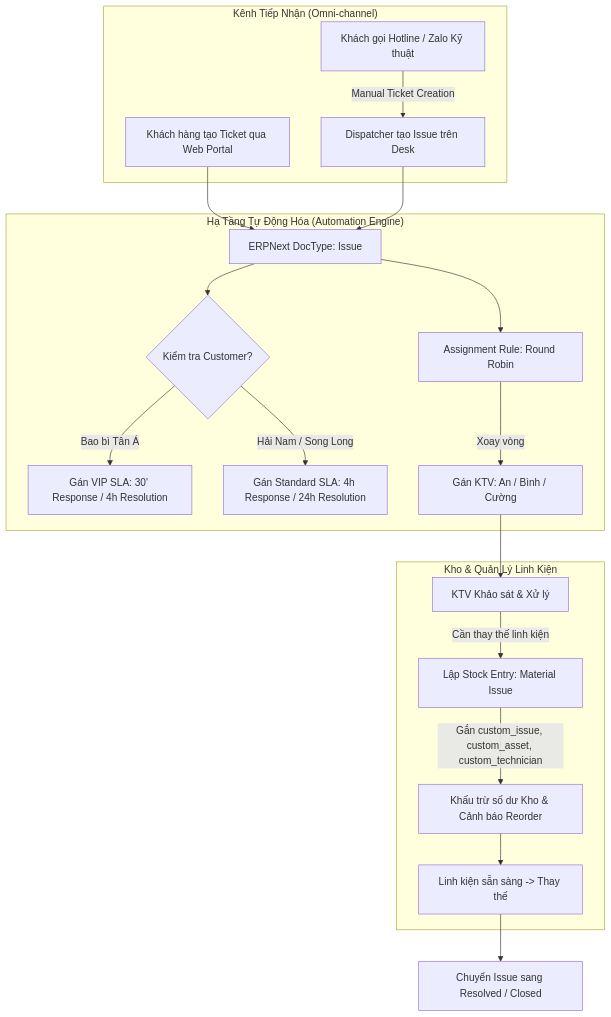
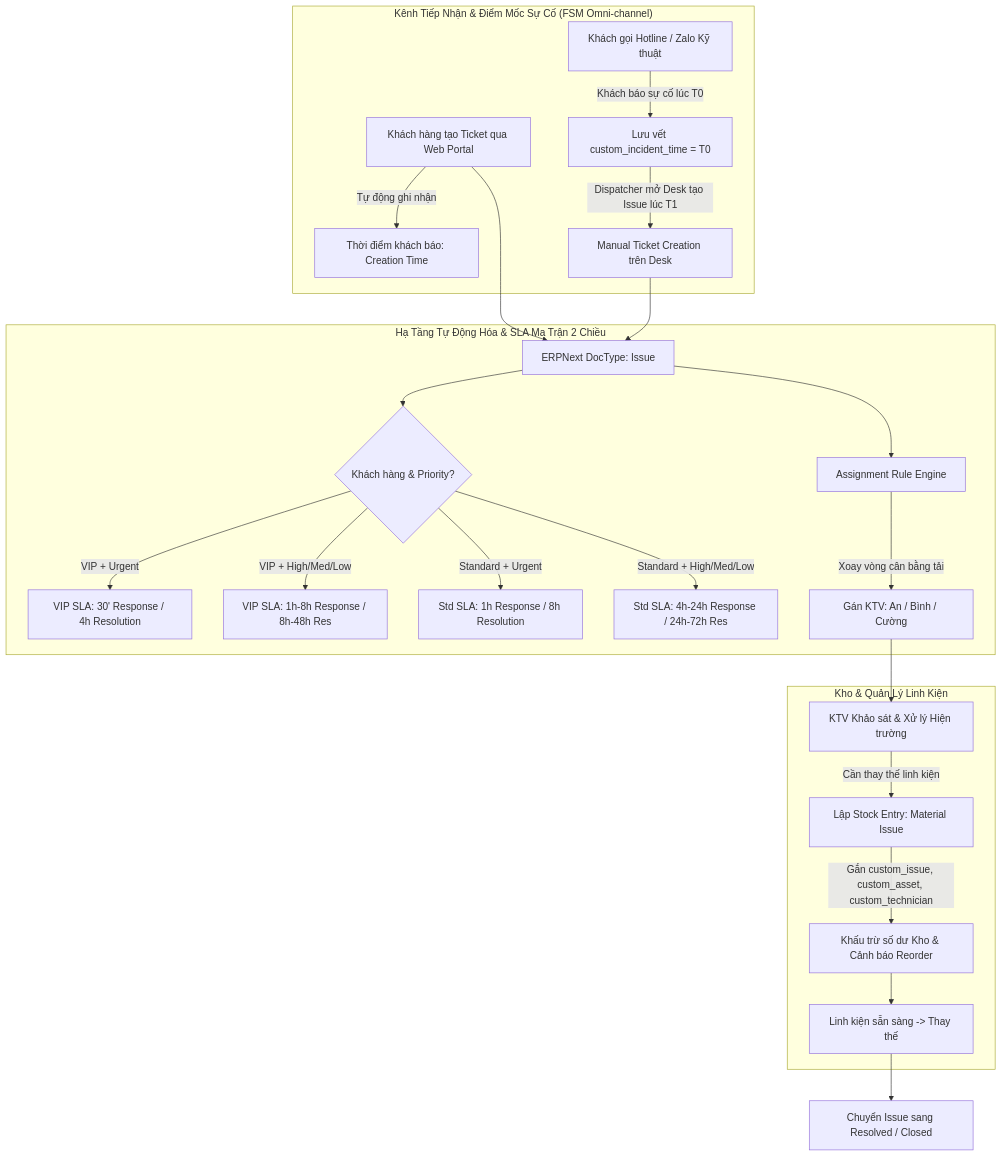
The second of 5 diagrams in midterm_report.md (Baronger23/ERP.SmartHelpDesk), drawn with Mermaid before and after one commit. The commit also changed other lines of this file and 8 other files, not shown here.

````diff
--- a/midterm_report.md
+++ b/midterm_report.md
@@ -91,29 +91,32 @@
 ```mermaid
 graph TD
-    subgraph "Kênh Tiếp Nhận (Omni-channel)"
-        K1[Khách hàng tạo Ticket qua Web Portal]
-        K2[Khách gọi Hotline / Zalo Kỹ thuật] -->|Manual Ticket Creation| K3[Dispatcher tạo Issue trên Desk]
+    subgraph "Kênh Tiếp Nhận & Điểm Mốc Sự Cố (FSM Omni-channel)"
+        K1[Khách hàng tạo Ticket qua Web Portal] -->|Tự động ghi nhận| T_REAL1[Thời điểm khách báo: Creation Time]
+        K2[Khách gọi Hotline / Zalo Kỹ thuật] -->|Khách báo sự cố lúc T0| T_REAL2[Lưu vết custom_incident_time = T0]
+        T_REAL2 -->|Dispatcher mở Desk tạo Issue lúc T1| K3[Manual Ticket Creation trên Desk]
     end
 
     K1 --> SYS_ISSUE[ERPNext DocType: Issue]
     K3 --> SYS_ISSUE
 
-    subgraph "Hạ Tầng Tự Động Hóa (Automation Engine)"
-        SYS_ISSUE --> SLA_CHECK{Kiểm tra Customer?}
-        SLA_CHECK -->|Bao bì Tân Á| SLA_VIP[Gán VIP SLA: 30' Response / 4h Resolution]
-        SLA_CHECK -->|Hải Nam / Song Long| SLA_STD[Gán Standard SLA: 4h Response / 24h Resolution]
+    subgraph "Hạ Tầng Tự Động Hóa & SLA Ma Trận 2 Chiều"
+        SYS_ISSUE --> SLA_CHECK{Khách hàng & Priority?}
+        SLA_CHECK -->|VIP + Urgent| SLA_VIP_URG[VIP SLA: 30' Response / 4h Resolution]
+        SLA_CHECK -->|VIP + High/Med/Low| SLA_VIP_NORM[VIP SLA: 1h-8h Response / 8h-48h Res]
+        SLA_CHECK -->|Standard + Urgent| SLA_STD_URG[Std SLA: 1h Response / 8h Resolution]
+        SLA_CHECK -->|Standard + High/Med/Low| SLA_STD_NORM[Std SLA: 4h-24h Response / 24h-72h Res]
         
-        SYS_ISSUE --> ASSIGN_RULE[Assignment Rule: Round Robin]
-        ASSIGN_RULE -->|Xoay vòng| TECH[Gán KTV: An / Bình / Cường]
+        SYS_ISSUE --> ASSIGN_RULE[Assignment Rule Engine]
+        ASSIGN_RULE -->|Xoay vòng cân bằng tải| TECH[Gán KTV: An / Bình / Cường]
     end
 
-    TECH --> SITE_CHECK[KTV Khảo sát & Xử lý]
+    TECH --> SITE_CHECK[KTV Khảo sát & Xử lý Hiện trường]
     
     subgraph "Kho & Quản Lý Linh Kiện"
         SITE_CHECK -->|Cần thay thế linh kiện| MAT_ISSUE[Lập Stock Entry: Material Issue]
         MAT_ISSUE -->|Gắn custom_issue, custom_asset, custom_technician| STOCK_DEC[Khấu trừ số dư Kho & Cảnh báo Reorder]
         STOCK_DEC --> PART_READY[Linh kiện sẵn sàng -> Thay thế]
     end
 
     PART_READY --> CLOSE_ISSUE[Chuyển Issue sang Resolved / Closed]
 ```
````
